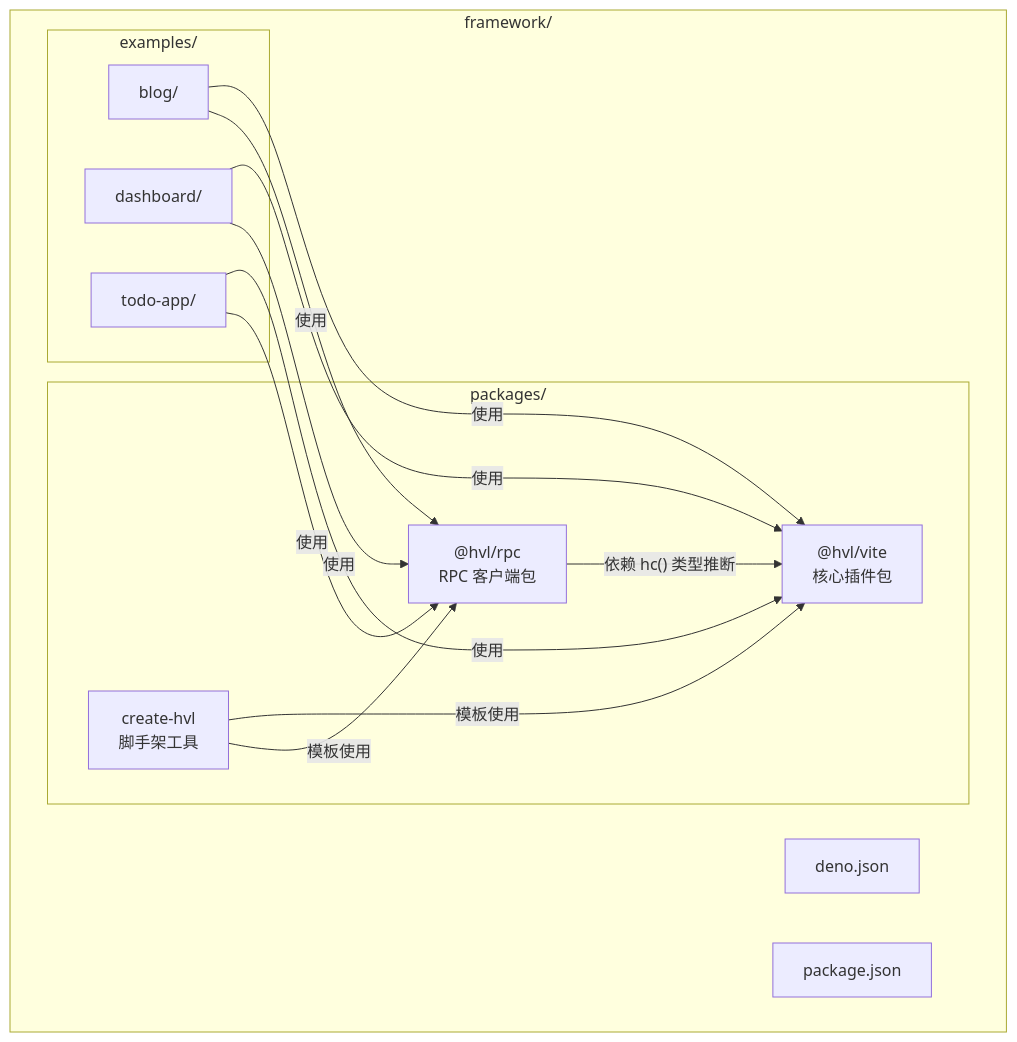
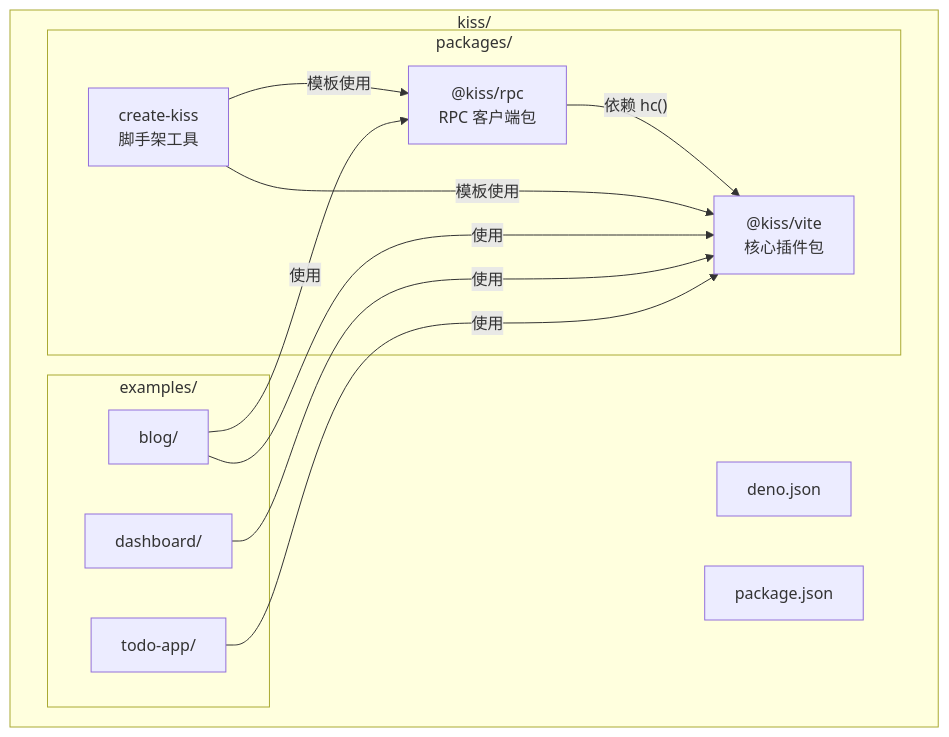
The fourth of 8 diagrams in docs/architecture.md (SisyphusZheng/kiss), drawn with Mermaid before and after one commit. The commit also changed other lines of this file and 73 other files, not shown here.

First line of the commit message:
Rename framework from HVL to KISS

````diff
--- a/docs/architecture.md
+++ b/docs/architecture.md
@@ -171,29 +187,27 @@
 ```mermaid
 flowchart TB
-    subgraph Root["framework/"]
+    subgraph Root["kiss/"]
         WS["deno.json"]
         PKG["package.json"]
         
         subgraph Packages["packages/"]
-            VP["@hvl/vite<br/>核心插件包"]
-            RP["@hvl/rpc<br/>RPC 客户端包"]
-            CR["create-hvl<br/>脚手架工具"]
+            VP["@kiss/vite<br/>核心插件包"]
+            RP["@kiss/rpc<br/>RPC 客户端包"]
+            CR["create-kiss<br/>脚手架工具"]
         end
         
         subgraph Examples["examples/"]
             BL["blog/"]
             DS["dashboard/"]
             TA["todo-app/"]
         end
     end
 
-    RP -->|"依赖 hc() 类型推断"| VP
+    RP -->|"依赖 hc()"| VP
     CR -->|"模板使用"| VP
     CR -->|"模板使用"| RP
     BL -->|"使用"| VP
     BL -->|"使用"| RP
     DS -->|"使用"| VP
-    DS -->|"使用"| RP
     TA -->|"使用"| VP
-    TA -->|"使用"| RP
 ```
````
